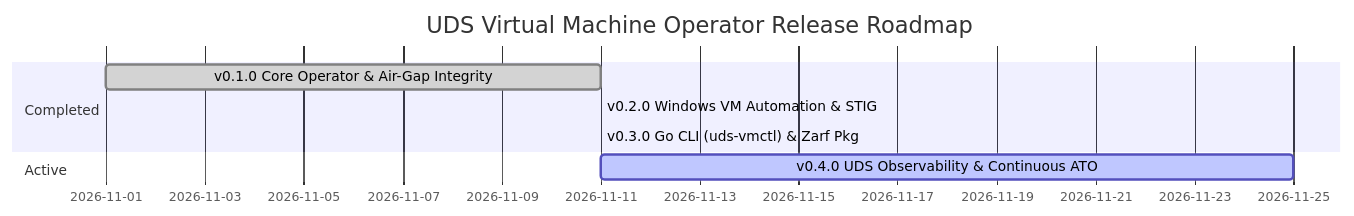
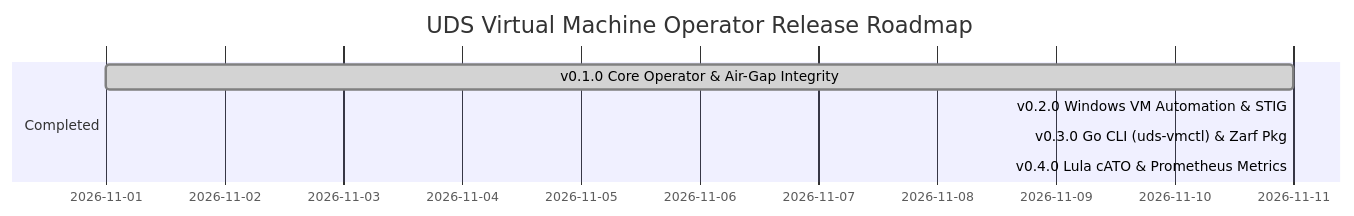
Before and after one commit to celttechie/uds-vm-operator: the diagram in ROADMAP.md, drawn with Mermaid. The commit also changed other lines of this file and 10 other files, not shown here.

First line of the commit message:
feat(compliance,observability): add Lula OSCAL continuous ATO, Prometheus metrics, and doc sync (#8)

````diff
--- a/ROADMAP.md
+++ b/ROADMAP.md
@@ -9,11 +9,10 @@
 ```mermaid
 gantt
     title UDS Virtual Machine Operator Release Roadmap
     dateFormat  YYYY-MM-DD
     section Completed
     v0.1.0 Core Operator & Air-Gap Integrity :done, 2026-11-01, 2026-11-11
     v0.2.0 Windows VM Automation & STIG      :done, 2026-11-11, 2026-11-11
     v0.3.0 Go CLI (uds-vmctl) & Zarf Pkg     :done, 2026-11-11, 2026-11-11
-    section Active
-    v0.4.0 UDS Observability & Continuous ATO:active, 2026-11-11, 2026-11-25
+    v0.4.0 Lula cATO & Prometheus Metrics    :done, 2026-11-11, 2026-11-11
 ```
````
